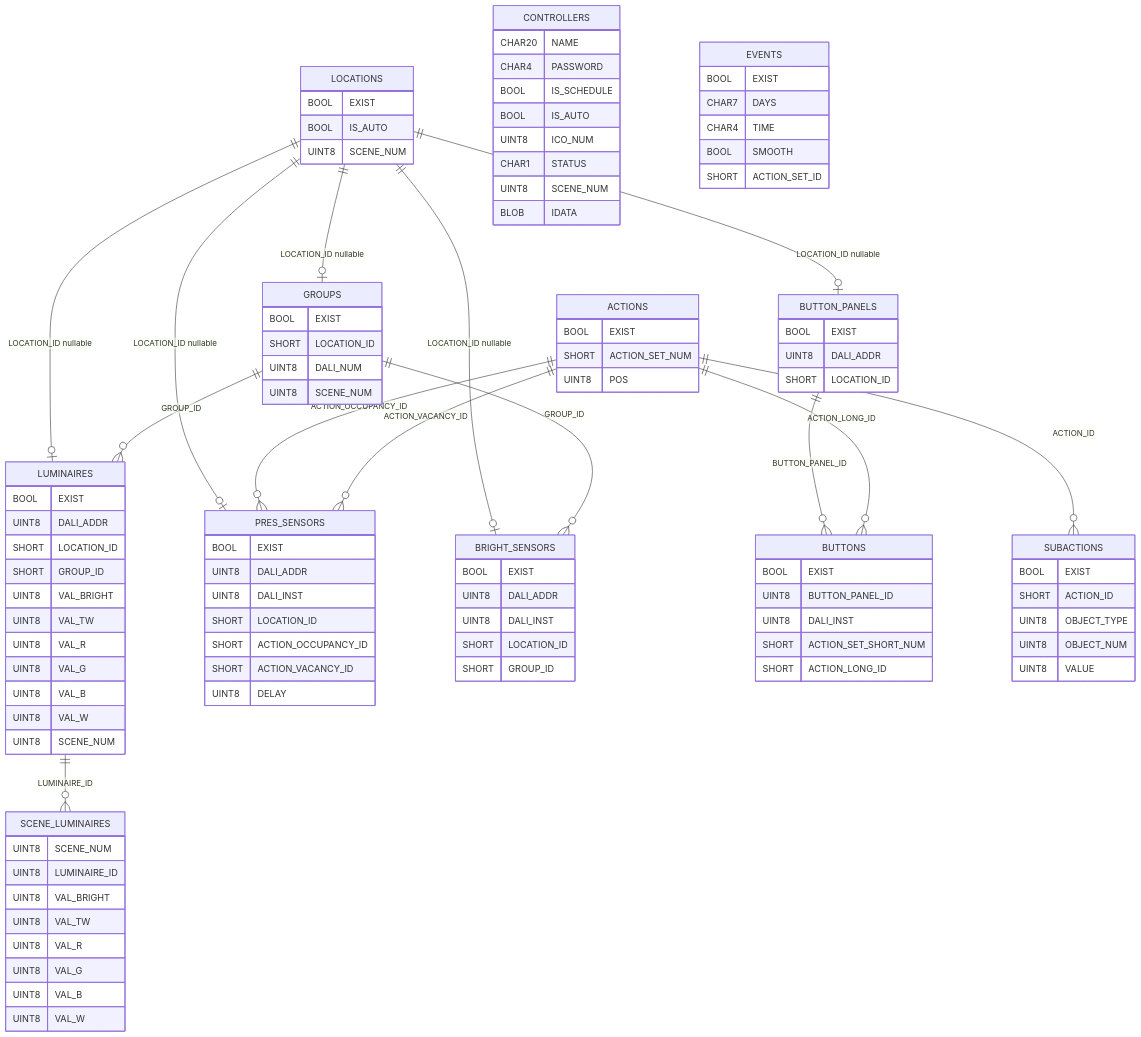
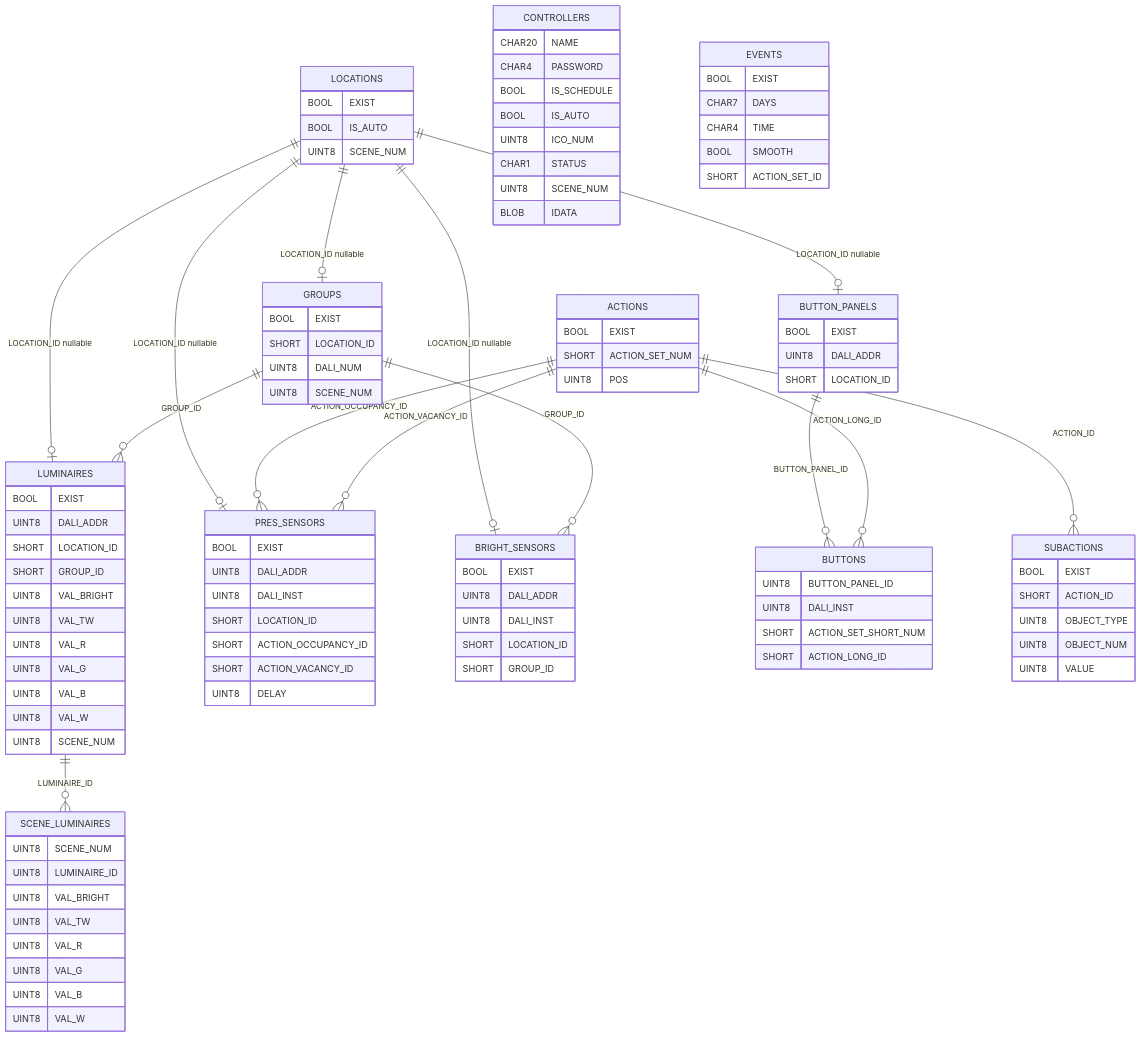
One commit to KhudyakovAlex/Synapse changed the diagram in PDS/SynapsePDS_FW_DB_scheme.md. Above: the diagram before and after it, drawn with Mermaid. The commit also changed 8 other files, not shown here.

```diff
--- a/PDS/SynapsePDS_FW_DB_scheme.md
+++ b/PDS/SynapsePDS_FW_DB_scheme.md
@@ -94,7 +94,6 @@
     }
 
     BUTTONS {
-        BOOL EXIST
         UINT8 BUTTON_PANEL_ID
         UINT8 DALI_INST
         SHORT ACTION_SET_SHORT_NUM
```
